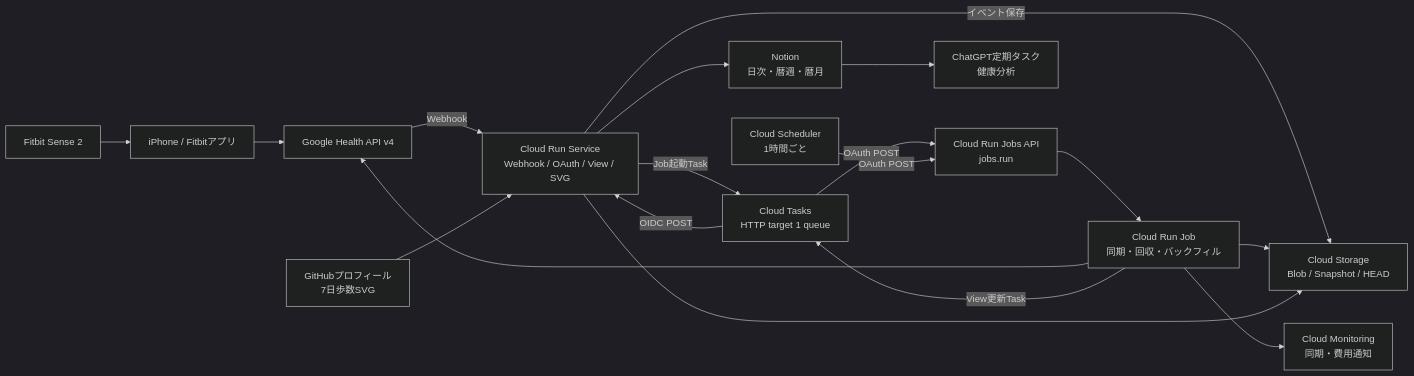
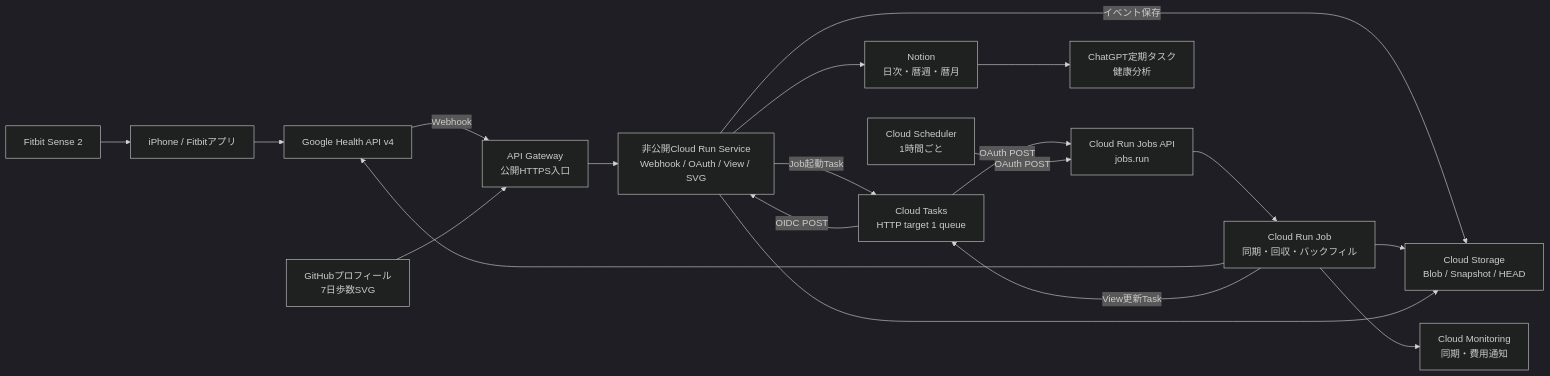
Before and after one commit to binbianlong/health-data-pipeline: the diagram in DESIGN.md, drawn with Mermaid (dark theme). The commit also changed other lines of this file and 18 other files, not shown here.

````diff
--- a/DESIGN.md
+++ b/DESIGN.md
@@ -73,32 +73,33 @@
 ```mermaid
 flowchart LR
     Fitbit["Fitbit Sense 2"]
     iPhone["iPhone / Fitbitアプリ"]
     Health["Google Health API v4"]
-    Service["Cloud Run Service<br/>Webhook / OAuth / View / SVG"]
+    Gateway["API Gateway<br/>公開HTTPS入口"]
+    Service["非公開Cloud Run Service<br/>Webhook / OAuth / View / SVG"]
     Tasks["Cloud Tasks<br/>HTTP target 1 queue"]
     RunAPI["Cloud Run Jobs API<br/>jobs.run"]
     Scheduler["Cloud Scheduler<br/>1時間ごと"]
     Job["Cloud Run Job<br/>同期・回収・バックフィル"]
     GCS["Cloud Storage<br/>Blob / Snapshot / HEAD"]
     Notion["Notion<br/>日次・暦週・暦月"]
     ChatGPT["ChatGPT定期タスク<br/>健康分析"]
     GitHub["GitHubプロフィール<br/>7日歩数SVG"]
     Monitoring["Cloud Monitoring<br/>同期・費用通知"]
 
     Fitbit --> iPhone --> Health
-    Health -- "Webhook" --> Service
+    Health -- "Webhook" --> Gateway --> Service
     Service -- "イベント保存" --> GCS
     Service -- "Job起動Task" --> Tasks
     Tasks -- "OAuth POST" --> RunAPI --> Job
     Scheduler -- "OAuth POST" --> RunAPI
     Job --> Health
     Job --> GCS
     Job -- "View更新Task" --> Tasks
     Tasks -- "OIDC POST" --> Service
     Service --> Notion
     Service --> GCS
     Notion --> ChatGPT
-    GitHub --> Service
+    GitHub --> Gateway
     Job --> Monitoring
 ```
````
